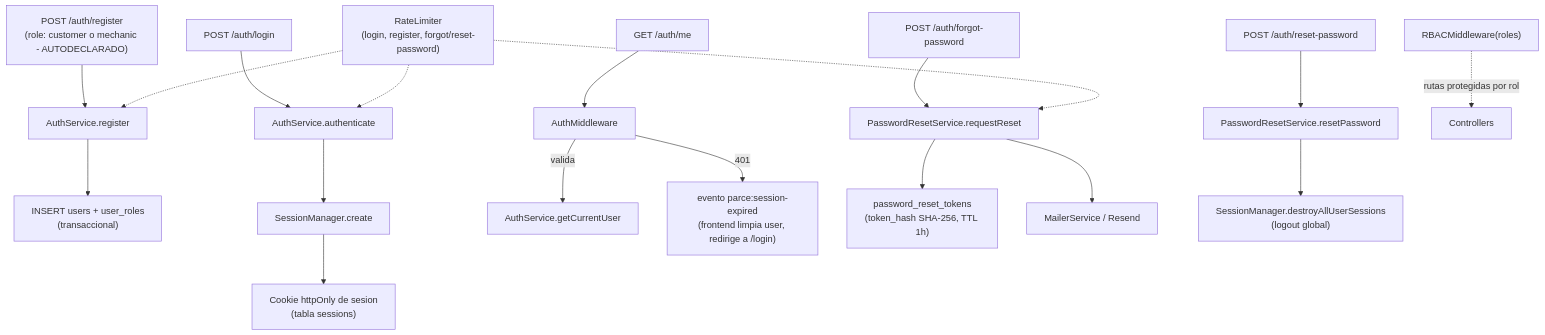
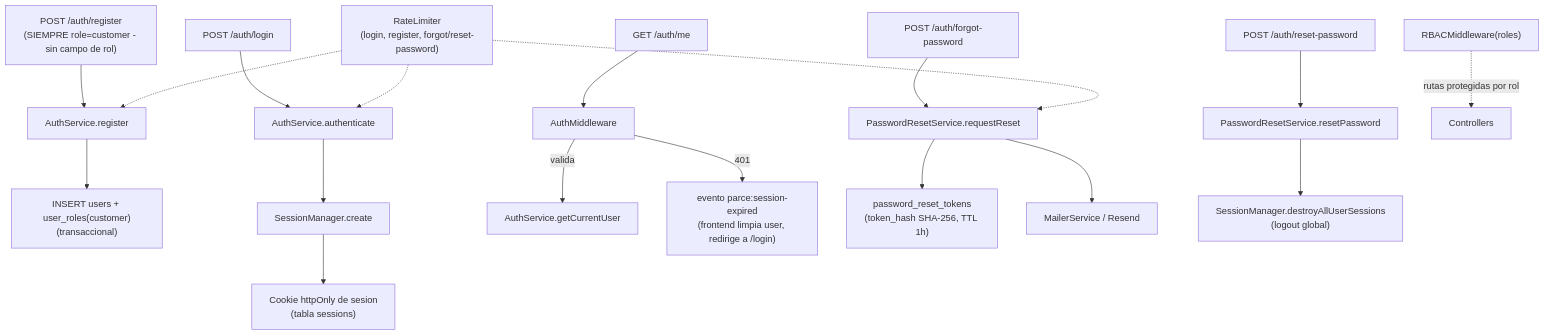
The first of 2 diagrams in docs/architecture/uml/03-authentication.md (JuanAndresGonzalezBurbano/PARCE), drawn with Mermaid before and after one commit. The commit also changed other lines of this file and 35 other files, not shown here.

````diff
--- a/docs/architecture/uml/03-authentication.md
+++ b/docs/architecture/uml/03-authentication.md
@@ -5,20 +5,20 @@
 ```mermaid
 flowchart TD
-    R["POST /auth/register\n(role: customer o mechanic - AUTODECLARADO)"] --> A1[AuthService.register]
-    A1 --> S1["INSERT users + user_roles\n(transaccional)"]
+    R["POST /auth/register\n(SIEMPRE role=customer - sin campo de rol)"] --> A1[AuthService.register]
+    A1 --> S1["INSERT users + user_roles(customer)\n(transaccional)"]
     L["POST /auth/login"] --> A2[AuthService.authenticate]
     A2 --> S2[SessionManager.create]
     S2 --> COOKIE["Cookie httpOnly de sesion\n(tabla sessions)"]
     ME["GET /auth/me"] --> AM1[AuthMiddleware]
     AM1 -->|"valida"| A3[AuthService.getCurrentUser]
     AM1 -->|"401"| SE["evento parce:session-expired\n(frontend limpia user, redirige a /login)"]
     FP["POST /auth/forgot-password"] --> PR1[PasswordResetService.requestReset]
     PR1 --> TOK["password_reset_tokens\n(token_hash SHA-256, TTL 1h)"]
     PR1 --> MAIL[MailerService / Resend]
     RP["POST /auth/reset-password"] --> PR2[PasswordResetService.resetPassword]
     PR2 --> DESTROY["SessionManager.destroyAllUserSessions\n(logout global)"]
     RATE["RateLimiter\n(login, register, forgot/reset-password)"] -.-> A2
     RATE -.-> A1
     RATE -.-> PR1
     RBAC["RBACMiddleware(roles)"] -.->|"rutas protegidas por rol"| CTRL[Controllers]
 ```
````
